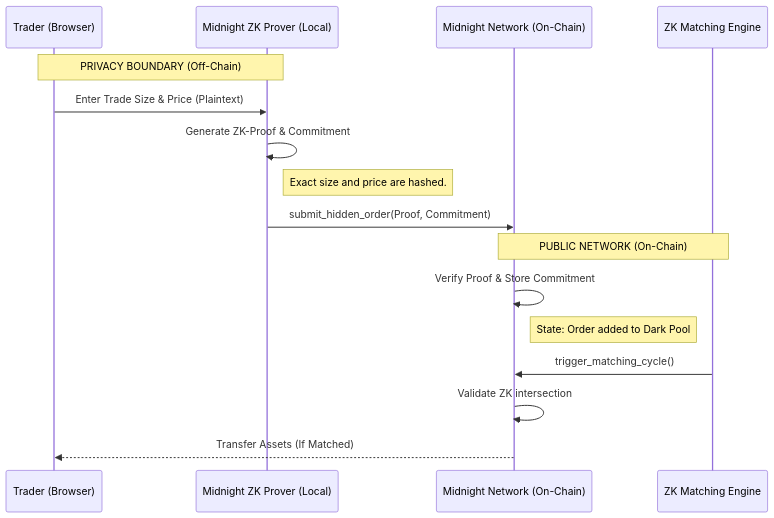
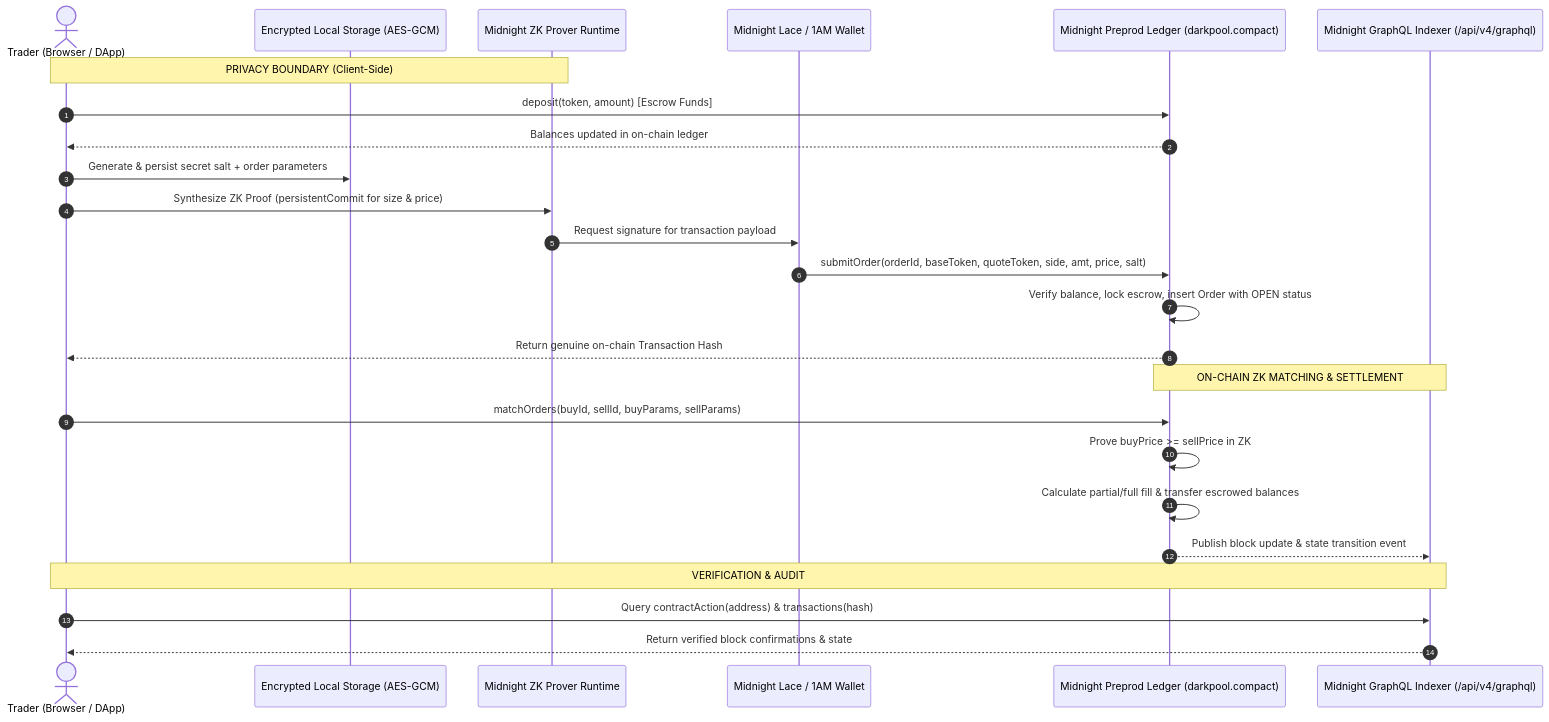
One commit to efekrbas/midnight-dark-pool-dex changed the diagram in docs/ARCHITECTURE.md. Above: the diagram before and after it, drawn with Mermaid. The commit also changed other lines of this file and 25 other files, not shown here.

Commit message:
refactor: remove all fake fallbacks, implement real Compact circuits, live Preprod E2E tests, AES-GCM secure storage, and align docs

````diff
--- a/docs/ARCHITECTURE.md
+++ b/docs/ARCHITECTURE.md
@@ -7,21 +9,31 @@
 ```mermaid
 sequenceDiagram
-    participant User as Trader (Browser)
-    participant LocalProver as Midnight ZK Prover (Local)
-    participant Contract as Midnight Network (On-Chain)
-    participant Matcher as ZK Matching Engine
-    
-    Note over User, LocalProver: PRIVACY BOUNDARY (Off-Chain)
-    User->>LocalProver: Enter Trade Size & Price (Plaintext)
-    LocalProver->>LocalProver: Generate ZK-Proof & Commitment
-    Note right of LocalProver: Exact size and price are hashed.
-    LocalProver->>Contract: submit_hidden_order(Proof, Commitment)
-    
-    Note over Contract, Matcher: PUBLIC NETWORK (On-Chain)
-    Contract->>Contract: Verify Proof & Store Commitment
-    Note right of Contract: State: Order added to Dark Pool
-    
-    Matcher->>Contract: trigger_matching_cycle()
-    Contract->>Contract: Validate ZK intersection
-    Contract-->>User: Transfer Assets (If Matched)
+    autonumber
+    actor Trader as Trader (Browser / DApp)
+    participant LocalState as Encrypted Local Storage (AES-GCM)
+    participant Prover as Midnight ZK Prover Runtime
+    participant Wallet as Midnight Lace / 1AM Wallet
+    participant Contract as Midnight Preprod Ledger (darkpool.compact)
+    participant Indexer as Midnight GraphQL Indexer (/api/v4/graphql)
+
+    Note over Trader, Prover: PRIVACY BOUNDARY (Client-Side)
+    Trader->>Contract: deposit(token, amount) [Escrow Funds]
+    Contract-->>Trader: Balances updated in on-chain ledger
+
+    Trader->>LocalState: Generate & persist secret salt + order parameters
+    Trader->>Prover: Synthesize ZK Proof (persistentCommit for size & price)
+    Prover->>Wallet: Request signature for transaction payload
+    Wallet->>Contract: submitOrder(orderId, baseToken, quoteToken, side, amt, price, salt)
+    Contract->>Contract: Verify balance, lock escrow, insert Order with OPEN status
+    Contract-->>Trader: Return genuine on-chain Transaction Hash
+
+    Note over Contract, Indexer: ON-CHAIN ZK MATCHING & SETTLEMENT
+    Trader->>Contract: matchOrders(buyId, sellId, buyParams, sellParams)
+    Contract->>Contract: Prove buyPrice >= sellPrice in ZK
+    Contract->>Contract: Calculate partial/full fill & transfer escrowed balances
+    Contract-->>Indexer: Publish block update & state transition event
+
+    Note over Trader, Indexer: VERIFICATION & AUDIT
+    Trader->>Indexer: Query contractAction(address) & transactions(hash)
+    Indexer-->>Trader: Return verified block confirmations & state
 ```
````
